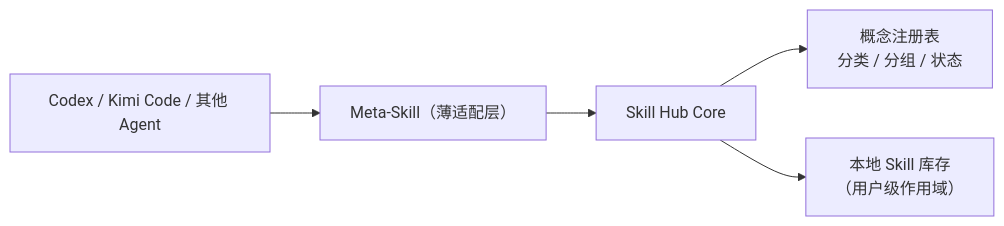
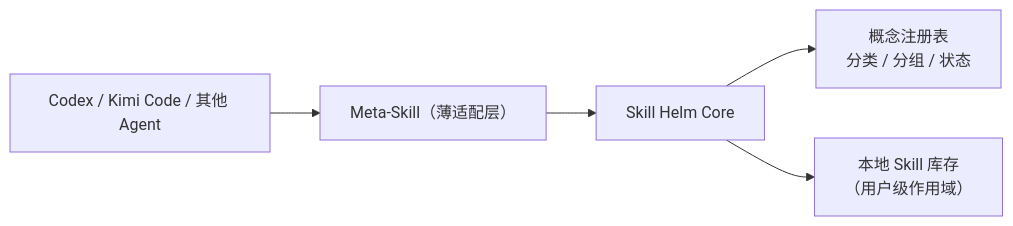
Before and after one commit to coconilu/skill-helm: the diagram in README.md, drawn with Mermaid. The commit also changed other lines of this file, not shown here.

Commit message:
docs: 项目更名 Skill Helm

````diff
--- a/README.md
+++ b/README.md
@@ -13,12 +13,12 @@
 ```mermaid
 flowchart LR
     A["Codex / Kimi Code / 其他 Agent"]
     M["Meta-Skill（薄适配层）"]
-    Core["Skill Hub Core"]
+    Core["Skill Helm Core"]
     Reg["概念注册表<br/>分类 / 分组 / 状态"]
     Store["本地 Skill 库存<br/>（用户级作用域）"]
 
     A --> M --> Core
     Core --> Reg
     Core --> Store
 ```
````
